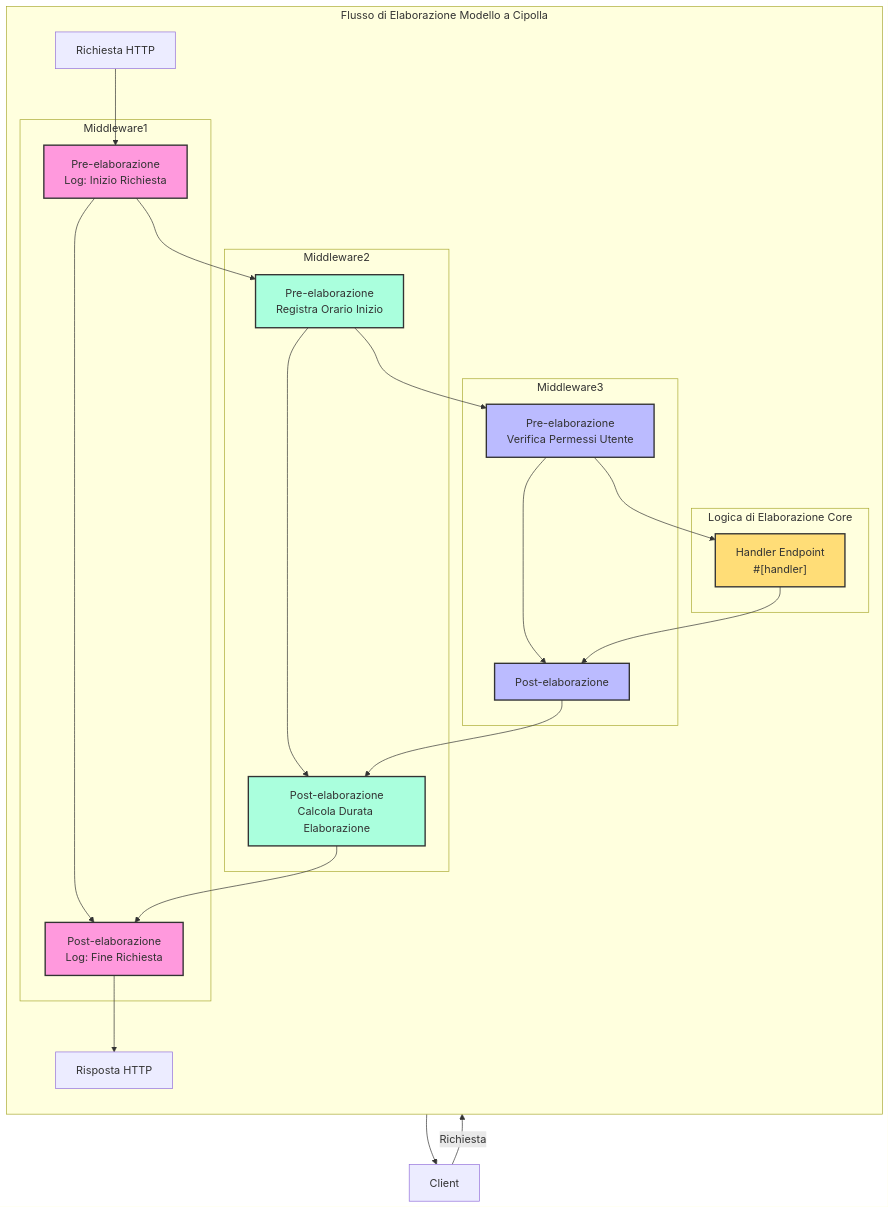
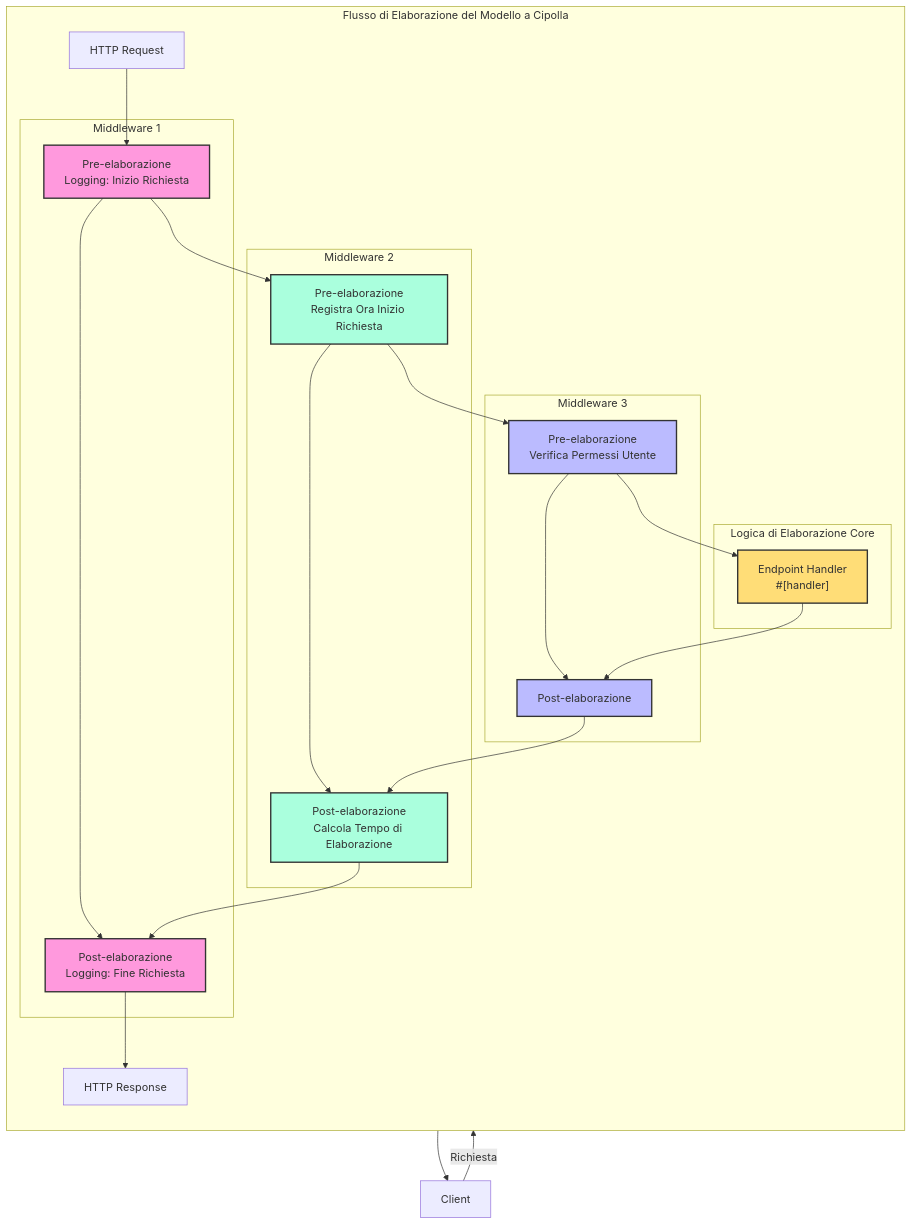
Before and after one commit to salvo-rs/website: the second of 2 diagrams in docs/it/guide/concepts/handler.mdx, drawn with Mermaid. The commit also changed other lines of this file and 70 other files, not shown here.

````diff
--- a/docs/it/guide/concepts/handler.mdx
+++ b/docs/it/guide/concepts/handler.mdx
@@ -59,45 +60,45 @@
 ```mermaid
 flowchart TB
-    Client[Client] -->|Richiesta| Request[Richiesta HTTP]
+    Client[Client] -->|Richiesta| Request[HTTP Request]
 
-    subgraph "Flusso di Elaborazione Modello a Cipolla"
+    subgraph "Flusso di Elaborazione del Modello a Cipolla"
         direction TB
 
-        subgraph M1["Middleware1"]
-            M1A["Pre-elaborazione<br>Log: Inizio Richiesta"] --> M1B["Post-elaborazione<br>Log: Fine Richiesta"]
+        subgraph M1["Middleware 1"]
+            M1A["Pre-elaborazione<br>Logging: Inizio Richiesta"] --> M1B["Post-elaborazione<br>Logging: Fine Richiesta"]
         end
 
-        subgraph M2["Middleware2"]
-            M2A["Pre-elaborazione<br>Registra Orario Inizio"] --> M2B["Post-elaborazione<br>Calcola Durata Elaborazione"]
+        subgraph M2["Middleware 2"]
+            M2A["Pre-elaborazione<br>Registra Ora Inizio Richiesta"] --> M2B["Post-elaborazione<br>Calcola Tempo di Elaborazione"]
         end
 
-        subgraph M3["Middleware3"]
+        subgraph M3["Middleware 3"]
             M3A["Pre-elaborazione<br>Verifica Permessi Utente"] --> M3B["Post-elaborazione<br>"]
         end
 
         subgraph Core["Logica di Elaborazione Core"]
-            Handler["Handler Endpoint<br>#[handler]"]
+            Handler["Endpoint Handler<br>#[handler]"]
         end
 
         Request --> M1A
         M1A --> M2A
         M2A --> M3A
         M3A --> Handler
         Handler --> M3B
         M3B --> M2B
         M2B --> M1B
         M1B --> Response
     end
 
-    Response[Risposta HTTP] --> Client
+    Response[HTTP Response] --> Client
 
     classDef middleware1 fill:#f9d,stroke:#333,stroke-width:2px;
     classDef middleware2 fill:#afd,stroke:#333,stroke-width:2px;
     classDef middleware3 fill:#bbf,stroke:#333,stroke-width:2px;
     classDef core fill:#fd7,stroke:#333,stroke-width:2px;
 
     class M1A,M1B middleware1;
     class M2A,M2B middleware2;
     class M3A,M3B middleware3;
     class Handler core;
 ```
````
